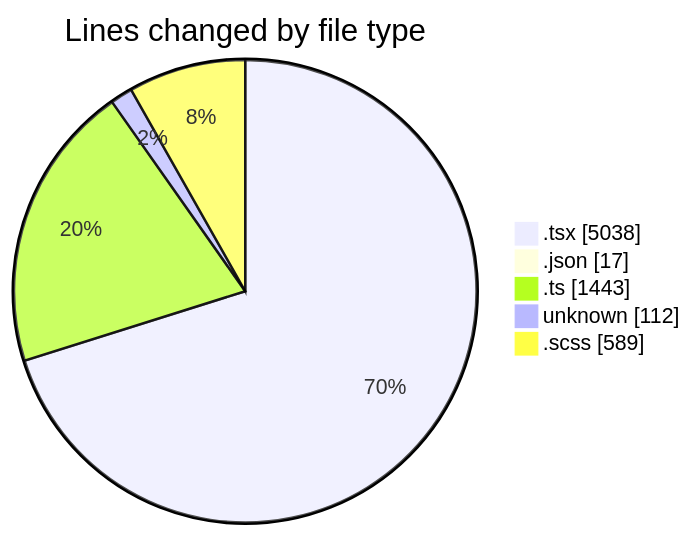
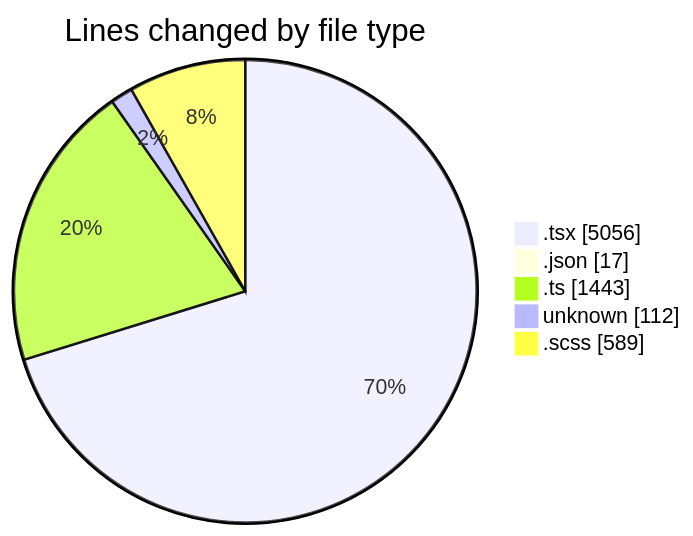
Before and after one commit to momahboobian/code-tracking: the first of 2 diagrams in 2026-04-30/cda/README.md, drawn with Mermaid. The commit also changed other lines of this file and 1 other file, not shown here.

````diff
--- a/2026-04-30/cda/README.md
+++ b/2026-04-30/cda/README.md
@@ -69,9 +69,9 @@
 ```mermaid
 pie showData
 title Lines changed by file type
-".tsx" : 5038
+".tsx" : 5056
 ".json" : 17
 ".ts" : 1443
 "unknown" : 112
 ".scss" : 589
 ```
````
